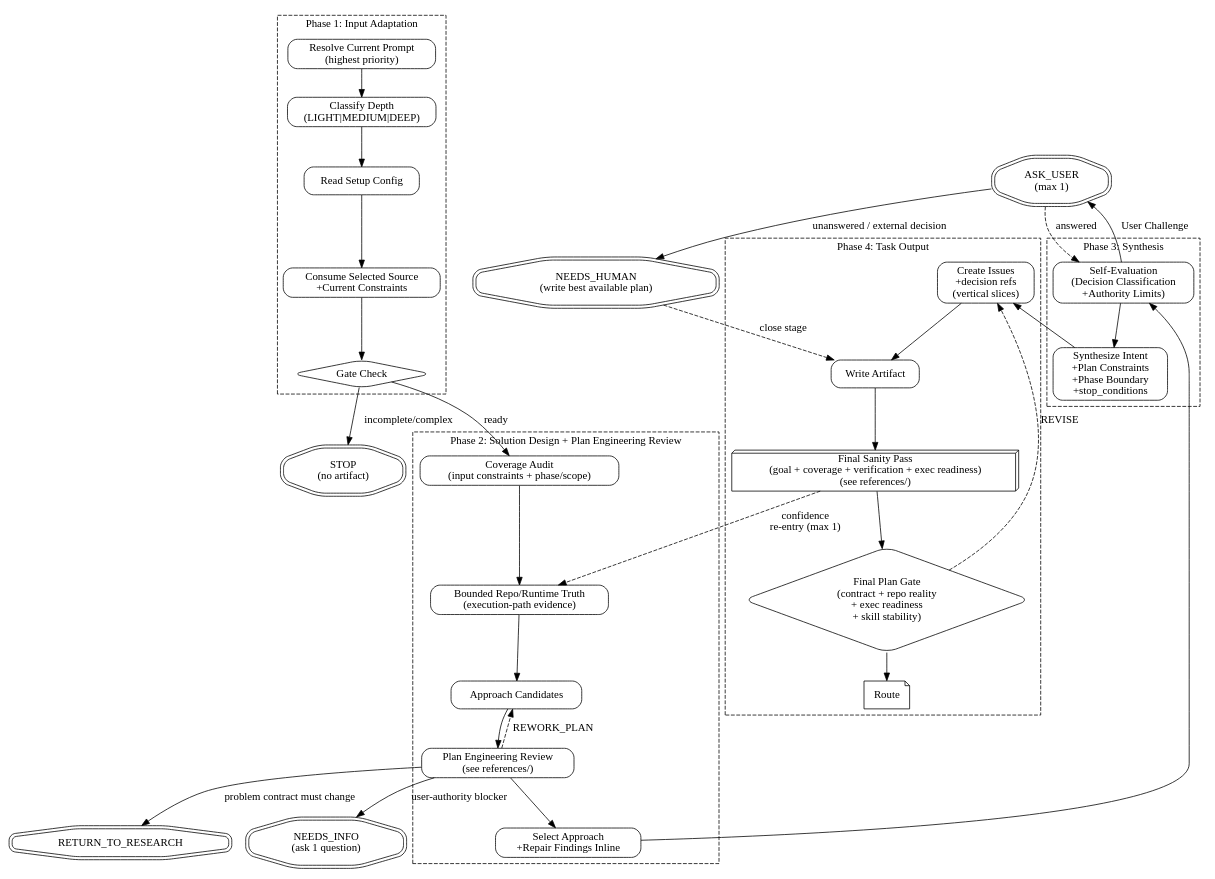
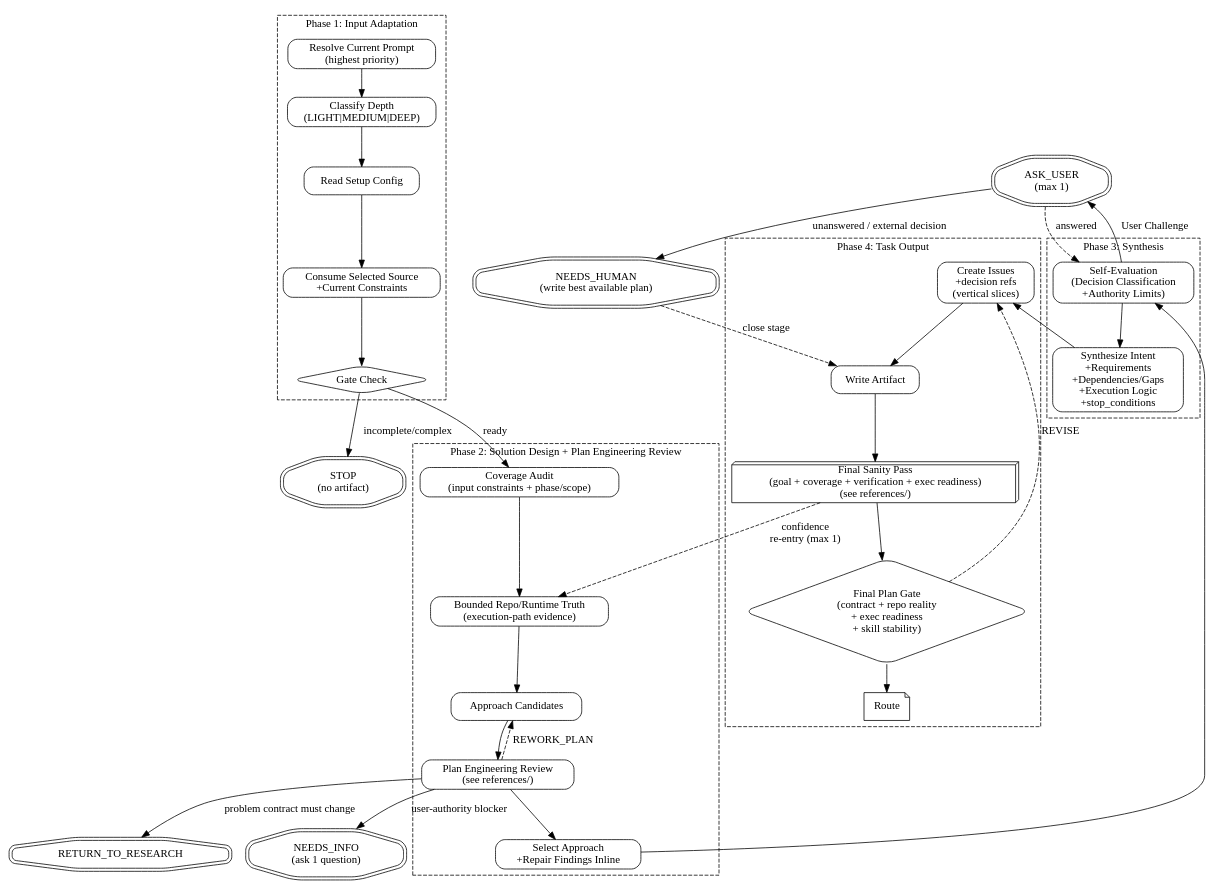
Before and after one commit to feng-y/pge: the diagram in skills/pge-plan/SKILL.md, drawn with Graphviz. The commit also changed other lines of this file and 5 other files, not shown here.

````diff
--- a/skills/pge-plan/SKILL.md
+++ b/skills/pge-plan/SKILL.md
@@ -130,71 +132,71 @@
 ```dot
 digraph pge_plan {
   rankdir=TB;
   node [shape=box, style=rounded];
 
   subgraph cluster_phase1 {
     label="Phase 1: Input Adaptation";
     style=dashed;
     resolve_input [label="Resolve Current Prompt\n(highest priority)"];
     classify_depth [label="Classify Depth\n(LIGHT|MEDIUM|DEEP)"];
     read_config [label="Read Setup Config"];
     consume_upstream [label="Consume Selected Source\n+Current Constraints"];
     gate_check [label="Gate Check", shape=diamond];
     resolve_input -> classify_depth -> read_config -> consume_upstream -> gate_check;
   }
 
   gate_stop [label="STOP\n(no artifact)", shape=doubleoctagon];
   gate_check -> gate_stop [label="incomplete/complex"];
 
   subgraph cluster_phase2 {
     label="Phase 2: Solution Design + Plan Engineering Review";
     style=dashed;
     coverage_audit [label="Coverage Audit\n(input constraints + phase/scope)"];
     explore [label="Bounded Repo/Runtime Truth\n(execution-path evidence)"];
     propose [label="Approach Candidates"];
     plan_eng_review [label="Plan Engineering Review\n(see references/)"];
     select_approach [label="Select Approach\n+Repair Findings Inline"];
     coverage_audit -> explore -> propose -> plan_eng_review -> select_approach;
     plan_eng_review -> propose [label="REWORK_PLAN", style=dashed];
   }
 
   eng_gate_research [label="RETURN_TO_RESEARCH", shape=doubleoctagon];
   eng_gate_info [label="NEEDS_INFO\n(ask 1 question)", shape=doubleoctagon];
   plan_eng_review -> eng_gate_research [label="problem contract must change"];
   plan_eng_review -> eng_gate_info [label="user-authority blocker"];
 
   gate_check -> coverage_audit [label="ready"];
 
   subgraph cluster_phase3 {
     label="Phase 3: Synthesis";
     style=dashed;
     self_eval [label="Self-Evaluation\n(Decision Classification\n+Authority Limits)"];
-    synthesize [label="Synthesize Intent\n+Plan Constraints\n+Phase Boundary\n+stop_conditions"];
+    synthesize [label="Synthesize Intent\n+Requirements\n+Dependencies/Gaps\n+Execution Logic\n+stop_conditions"];
     self_eval -> synthesize;
   }
 
   authority_ask [label="ASK_USER\n(max 1)", shape=doubleoctagon];
   needs_human [label="NEEDS_HUMAN\n(write best available plan)", shape=doubleoctagon];
   self_eval -> authority_ask [label="User Challenge"];
   authority_ask -> self_eval [label="answered", style=dashed];
   authority_ask -> needs_human [label="unanswered / external decision"];
 
   select_approach -> self_eval;
 
   subgraph cluster_phase4 {
     label="Phase 4: Task Output";
     style=dashed;
     create_issues [label="Create Issues\n+decision refs\n(vertical slices)"];
     write_artifact [label="Write Artifact"];
     self_review [label="Final Sanity Pass\n(goal + coverage + verification + exec readiness)\n(see references/)", shape=box3d];
     plan_gate_final [label="Final Plan Gate\n(contract + repo reality\n+ exec readiness\n+ skill stability)", shape=diamond];
     route [label="Route", shape=note];
     create_issues -> write_artifact -> self_review -> plan_gate_final -> route;
     plan_gate_final -> create_issues [label="REVISE", style=dashed];
   }
 
   synthesize -> create_issues;
   needs_human -> write_artifact [label="close stage", style=dashed];
   self_review -> explore [label="confidence\nre-entry (max 1)", style=dashed];
 }
 ```
````
